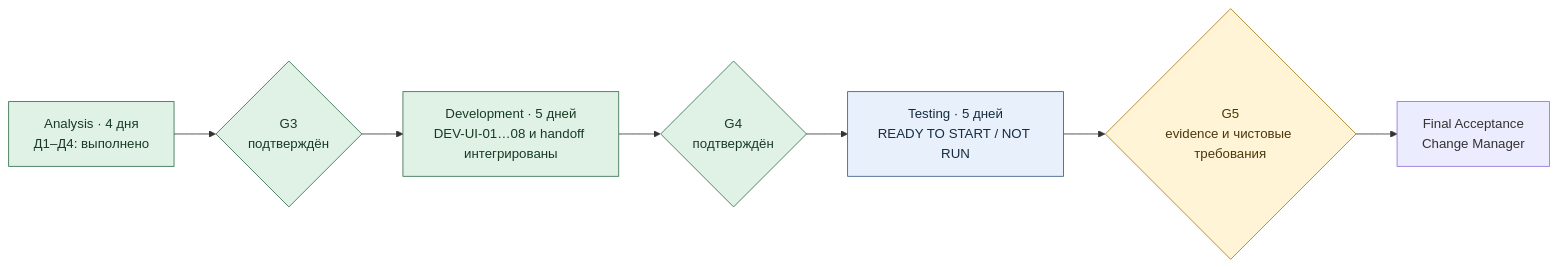
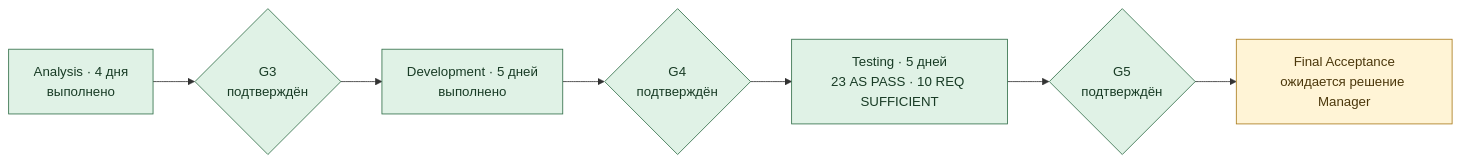
The diagram in docs/project_management/change_plans/ui-birth-form-and-facts/artifacts.md (ksenia-baranova/exact-orb-demo), drawn with Mermaid before and after one commit. The commit also changed other lines of this file and 9 other files, not shown here.

````diff
--- a/docs/project_management/change_plans/ui-birth-form-and-facts/artifacts.md
+++ b/docs/project_management/change_plans/ui-birth-form-and-facts/artifacts.md
@@ -137,15 +137,13 @@
 ```mermaid
 flowchart LR
-    A["Analysis · 4 дня<br/>Д1–Д4: выполнено"] --> G3{"G3<br/>подтверждён"}
-    G3 --> D["Development · 5 дней<br/>DEV-UI-01…08 и handoff интегрированы"]
+    A["Analysis · 4 дня<br/>выполнено"] --> G3{"G3<br/>подтверждён"}
+    G3 --> D["Development · 5 дней<br/>выполнено"]
     D --> G4{"G4<br/>подтверждён"}
-    G4 --> T["Testing · 5 дней<br/>READY TO START / NOT RUN"]
-    T --> G5{"G5<br/>evidence и чистовые требования"}
-    G5 --> F["Final Acceptance<br/>Change Manager"]
-    classDef phase fill:#e8f1fb,stroke:#345b85,color:#172b40;
+    G4 --> T["Testing · 5 дней<br/>23 AS PASS · 10 REQ SUFFICIENT"]
+    T --> G5{"G5<br/>подтверждён"}
+    G5 --> F["Final Acceptance<br/>ожидается решение Manager"]
     classDef gate fill:#fff4d6,stroke:#aa7c1d,color:#4b370b;
     classDef approved fill:#e0f2e6,stroke:#33704a,color:#183b25;
-    class A,G3,D,G4 approved;
-    class T phase;
-    class G5 gate;
+    class A,G3,D,G4,T,G5 approved;
+    class F gate;
 ```
````
